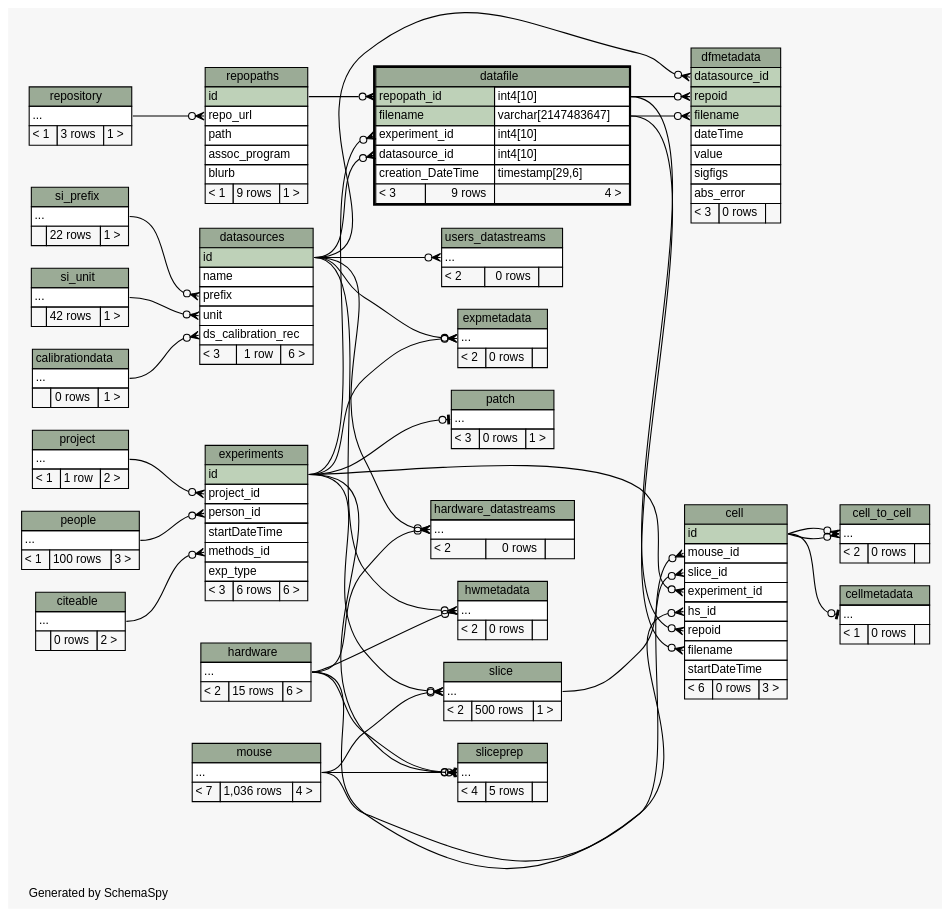
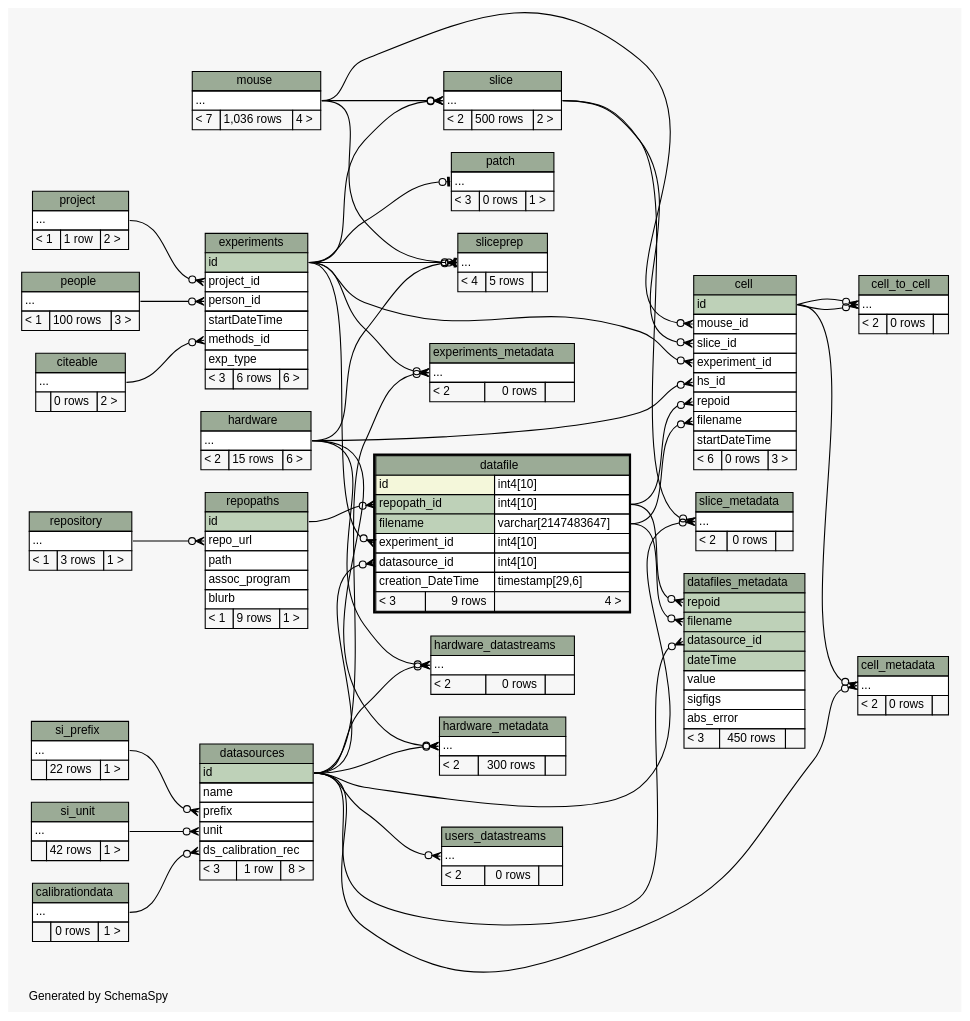
One commit to tgbugs/mlab changed the diagram in database/ss/diagrams/datafile.2degrees.dot. Above: the diagram before and after it, drawn with Graphviz. The commit also changed 153 other files, not shown here.

Commit message:
fleshing out the patch and slice experiments so I can work on cells which are going to need a rethink since each subject can have multiple datafiles which sucks since it ends up being a many to many ;_;

```diff
--- a/database/ss/diagrams/datafile.2degrees.dot
+++ b/database/ss/diagrams/datafile.2degrees.dot
@@ -25,31 +25,34 @@
   "cell":"mouse_id":w -> "mouse":"elipses":e [arrowhead=none dir=back arrowtail=crowodot];
   "cell":"repoid":w -> "datafile":"repopath_id.type":e [arrowhead=none dir=back arrowtail=crowodot];
   "cell":"slice_id":w -> "slice":"elipses":e [arrowhead=none dir=back arrowtail=crowodot];
+  "cell_metadata":"elipses":w -> "cell":"id":e [arrowhead=none dir=back arrowtail=crowodot];
+  "cell_metadata":"elipses":w -> "datasources":"id":e [arrowhead=none dir=back arrowtail=crowodot];
   "cell_to_cell":"elipses":w -> "cell":"id":e [arrowhead=none dir=back arrowtail=crowodot];
   "cell_to_cell":"elipses":w -> "cell":"id":e [arrowhead=none dir=back arrowtail=crowodot];
-  "cellmetadata":"elipses":w -> "cell":"id":e [arrowhead=none dir=back arrowtail=teeodot];
   "datafile":"datasource_id":w -> "datasources":"id":e [arrowhead=none dir=back arrowtail=crowodot];
   "datafile":"experiment_id":w -> "experiments":"id":e [arrowhead=none dir=back arrowtail=crowodot];
   "datafile":"repopath_id":w -> "repopaths":"id":e [arrowhead=none dir=back arrowtail=crowodot];
+  "datafiles_metadata":"datasource_id":w -> "datasources":"id":e [arrowhead=none dir=back arrowtail=crowodot];
+  "datafiles_metadata":"filename":w -> "datafile":"filename.type":e [arrowhead=none dir=back arrowtail=crowodot];
+  "datafiles_metadata":"repoid":w -> "datafile":"repopath_id.type":e [arrowhead=none dir=back arrowtail=crowodot];
   "datasources":"ds_calibration_rec":w -> "calibrationdata":"elipses":e [arrowhead=none dir=back arrowtail=crowodot];
   "datasources":"prefix":w -> "si_prefix":"elipses":e [arrowhead=none dir=back arrowtail=crowodot];
   "datasources":"unit":w -> "si_unit":"elipses":e [arrowhead=none dir=back arrowtail=crowodot];
-  "dfmetadata":"datasource_id":w -> "datasources":"id":e [arrowhead=none dir=back arrowtail=crowodot];
-  "dfmetadata":"filename":w -> "datafile":"filename.type":e [arrowhead=none dir=back arrowtail=crowodot];
-  "dfmetadata":"repoid":w -> "datafile":"repopath_id.type":e [arrowhead=none dir=back arrowtail=crowodot];
   "experiments":"methods_id":w -> "citeable":"elipses":e [arrowhead=none dir=back arrowtail=crowodot];
   "experiments":"person_id":w -> "people":"elipses":e [arrowhead=none dir=back arrowtail=crowodot];
   "experiments":"project_id":w -> "project":"elipses":e [arrowhead=none dir=back arrowtail=crowodot];
-  "expmetadata":"elipses":w -> "datasources":"id":e [arrowhead=none dir=back arrowtail=crowodot];
-  "expmetadata":"elipses":w -> "experiments":"id":e [arrowhead=none dir=back arrowtail=crowodot];
+  "experiments_metadata":"elipses":w -> "datasources":"id":e [arrowhead=none dir=back arrowtail=crowodot];
+  "experiments_metadata":"elipses":w -> "experiments":"id":e [arrowhead=none dir=back arrowtail=crowodot];
   "hardware_datastreams":"elipses":w -> "datasources":"id":e [arrowhead=none dir=back arrowtail=crowodot];
   "hardware_datastreams":"elipses":w -> "hardware":"elipses":e [arrowhead=none dir=back arrowtail=crowodot];
-  "hwmetadata":"elipses":w -> "datasources":"id":e [arrowhead=none dir=back arrowtail=crowodot];
-  "hwmetadata":"elipses":w -> "hardware":"elipses":e [arrowhead=none dir=back arrowtail=crowodot];
+  "hardware_metadata":"elipses":w -> "datasources":"id":e [arrowhead=none dir=back arrowtail=crowodot];
+  "hardware_metadata":"elipses":w -> "hardware":"elipses":e [arrowhead=none dir=back arrowtail=crowodot];
   "patch":"elipses":w -> "experiments":"id":e [arrowhead=none dir=back arrowtail=teeodot];
   "repopaths":"repo_url":w -> "repository":"elipses":e [arrowhead=none dir=back arrowtail=crowodot];
   "slice":"elipses":w -> "mouse":"elipses":e [arrowhead=none dir=back arrowtail=crowodot];
   "slice":"elipses":w -> "experiments":"id":e [arrowhead=none dir=back arrowtail=crowodot];
+  "slice_metadata":"elipses":w -> "datasources":"id":e [arrowhead=none dir=back arrowtail=crowodot];
+  "slice_metadata":"elipses":w -> "slice":"elipses":e [arrowhead=none dir=back arrowtail=crowodot];
   "sliceprep":"elipses":w -> "hardware":"elipses":e [arrowhead=none dir=back arrowtail=crowodot];
   "sliceprep":"elipses":w -> "experiments":"id":e [arrowhead=none dir=back arrowtail=teeodot];
   "sliceprep":"elipses":w -> "mouse":"elipses":e [arrowhead=none dir=back arrowtail=crowodot];
@@ -81,6 +84,16 @@
     URL="cell.html"
     tooltip="cell"
   ];
+  "cell_metadata" [
+    label=<
+    <TABLE BORDER="0" CELLBORDER="1" CELLSPACING="0" BGCOLOR="#ffffff">
+      <TR><TD COLSPAN="3" BGCOLOR="#9bab96" ALIGN="CENTER">cell_metadata</TD></TR>
+      <TR><TD PORT="elipses" COLSPAN="3" ALIGN="LEFT">...</TD></TR>
+      <TR><TD ALIGN="LEFT" BGCOLOR="#f7f7f7">&lt; 2</TD><TD ALIGN="RIGHT" BGCOLOR="#f7f7f7">0 rows</TD><TD ALIGN="RIGHT" BGCOLOR="#f7f7f7">  </TD></TR>
+    </TABLE>>
+    URL="cell_metadata.html"
+    tooltip="cell_metadata"
+  ];
   "cell_to_cell" [
     label=<
     <TABLE BORDER="0" CELLBORDER="1" CELLSPACING="0" BGCOLOR="#ffffff">
@@ -90,16 +103,6 @@
     </TABLE>>
     URL="cell_to_cell.html"
     tooltip="cell_to_cell"
-  ];
-  "cellmetadata" [
-    label=<
-    <TABLE BORDER="0" CELLBORDER="1" CELLSPACING="0" BGCOLOR="#ffffff">
-      <TR><TD COLSPAN="3" BGCOLOR="#9bab96" ALIGN="CENTER">cellmetadata</TD></TR>
-      <TR><TD PORT="elipses" COLSPAN="3" ALIGN="LEFT">...</TD></TR>
-      <TR><TD ALIGN="LEFT" BGCOLOR="#f7f7f7">&lt; 1</TD><TD ALIGN="RIGHT" BGCOLOR="#f7f7f7">0 rows</TD><TD ALIGN="RIGHT" BGCOLOR="#f7f7f7">  </TD></TR>
-    </TABLE>>
-    URL="cellmetadata.html"
-    tooltip="cellmetadata"
   ];
   "citeable" [
     label=<
@@ -115,6 +118,7 @@
     label=<
     <TABLE BORDER="2" CELLBORDER="1" CELLSPACING="0" BGCOLOR="#ffffff">
       <TR><TD COLSPAN="3" BGCOLOR="#9bab96" ALIGN="CENTER">datafile</TD></TR>
+      <TR><TD PORT="id" COLSPAN="2" BGCOLOR="#f4f7da" ALIGN="LEFT">id</TD><TD PORT="id.type" ALIGN="LEFT">int4[10]</TD></TR>
       <TR><TD PORT="repopath_id" COLSPAN="2" BGCOLOR="#bed1b8" ALIGN="LEFT">repopath_id</TD><TD PORT="repopath_id.type" ALIGN="LEFT">int4[10]</TD></TR>
       <TR><TD PORT="filename" COLSPAN="2" BGCOLOR="#bed1b8" ALIGN="LEFT">filename</TD><TD PORT="filename.type" ALIGN="LEFT">varchar[2147483647]</TD></TR>
       <TR><TD PORT="experiment_id" COLSPAN="2" ALIGN="LEFT">experiment_id</TD><TD PORT="experiment_id.type" ALIGN="LEFT">int4[10]</TD></TR>
@@ -125,6 +129,22 @@
     URL="datafile.html"
     tooltip="datafile"
   ];
+  "datafiles_metadata" [
+    label=<
+    <TABLE BORDER="0" CELLBORDER="1" CELLSPACING="0" BGCOLOR="#ffffff">
+      <TR><TD COLSPAN="3" BGCOLOR="#9bab96" ALIGN="CENTER">datafiles_metadata</TD></TR>
+      <TR><TD PORT="repoid" COLSPAN="3" BGCOLOR="#bed1b8" ALIGN="LEFT">repoid</TD></TR>
+      <TR><TD PORT="filename" COLSPAN="3" BGCOLOR="#bed1b8" ALIGN="LEFT">filename</TD></TR>
+      <TR><TD PORT="datasource_id" COLSPAN="3" BGCOLOR="#bed1b8" ALIGN="LEFT">datasource_id</TD></TR>
+      <TR><TD PORT="dateTime" COLSPAN="3" BGCOLOR="#bed1b8" ALIGN="LEFT">dateTime</TD></TR>
+      <TR><TD PORT="value" COLSPAN="3" ALIGN="LEFT">value</TD></TR>
+      <TR><TD PORT="sigfigs" COLSPAN="3" ALIGN="LEFT">sigfigs</TD></TR>
+      <TR><TD PORT="abs_error" COLSPAN="3" ALIGN="LEFT">abs_error</TD></TR>
+      <TR><TD ALIGN="LEFT" BGCOLOR="#f7f7f7">&lt; 3</TD><TD ALIGN="RIGHT" BGCOLOR="#f7f7f7">450 rows</TD><TD ALIGN="RIGHT" BGCOLOR="#f7f7f7">  </TD></TR>
+    </TABLE>>
+    URL="datafiles_metadata.html"
+    tooltip="datafiles_metadata"
+  ];
   "datasources" [
     label=<
     <TABLE BORDER="0" CELLBORDER="1" CELLSPACING="0" BGCOLOR="#ffffff">
@@ -134,26 +154,10 @@
       <TR><TD PORT="prefix" COLSPAN="3" ALIGN="LEFT">prefix</TD></TR>
       <TR><TD PORT="unit" COLSPAN="3" ALIGN="LEFT">unit</TD></TR>
       <TR><TD PORT="ds_calibration_rec" COLSPAN="3" ALIGN="LEFT">ds_calibration_rec</TD></TR>
-      <TR><TD ALIGN="LEFT" BGCOLOR="#f7f7f7">&lt; 3</TD><TD ALIGN="RIGHT" BGCOLOR="#f7f7f7">1 row</TD><TD ALIGN="RIGHT" BGCOLOR="#f7f7f7">6 &gt;</TD></TR>
+      <TR><TD ALIGN="LEFT" BGCOLOR="#f7f7f7">&lt; 3</TD><TD ALIGN="RIGHT" BGCOLOR="#f7f7f7">1 row</TD><TD ALIGN="RIGHT" BGCOLOR="#f7f7f7">8 &gt;</TD></TR>
     </TABLE>>
     URL="datasources.html"
     tooltip="datasources"
-  ];
-  "dfmetadata" [
-    label=<
-    <TABLE BORDER="0" CELLBORDER="1" CELLSPACING="0" BGCOLOR="#ffffff">
-      <TR><TD COLSPAN="3" BGCOLOR="#9bab96" ALIGN="CENTER">dfmetadata</TD></TR>
-      <TR><TD PORT="datasource_id" COLSPAN="3" BGCOLOR="#bed1b8" ALIGN="LEFT">datasource_id</TD></TR>
-      <TR><TD PORT="repoid" COLSPAN="3" BGCOLOR="#bed1b8" ALIGN="LEFT">repoid</TD></TR>
-      <TR><TD PORT="filename" COLSPAN="3" BGCOLOR="#bed1b8" ALIGN="LEFT">filename</TD></TR>
-      <TR><TD PORT="dateTime" COLSPAN="3" ALIGN="LEFT">dateTime</TD></TR>
-      <TR><TD PORT="value" COLSPAN="3" ALIGN="LEFT">value</TD></TR>
-      <TR><TD PORT="sigfigs" COLSPAN="3" ALIGN="LEFT">sigfigs</TD></TR>
-      <TR><TD PORT="abs_error" COLSPAN="3" ALIGN="LEFT">abs_error</TD></TR>
-      <TR><TD ALIGN="LEFT" BGCOLOR="#f7f7f7">&lt; 3</TD><TD ALIGN="RIGHT" BGCOLOR="#f7f7f7">0 rows</TD><TD ALIGN="RIGHT" BGCOLOR="#f7f7f7">  </TD></TR>
-    </TABLE>>
-    URL="dfmetadata.html"
-    tooltip="dfmetadata"
   ];
   "experiments" [
     label=<
@@ -170,15 +174,15 @@
     URL="experiments.html"
     tooltip="experiments"
   ];
-  "expmetadata" [
+  "experiments_metadata" [
     label=<
     <TABLE BORDER="0" CELLBORDER="1" CELLSPACING="0" BGCOLOR="#ffffff">
-      <TR><TD COLSPAN="3" BGCOLOR="#9bab96" ALIGN="CENTER">expmetadata</TD></TR>
+      <TR><TD COLSPAN="3" BGCOLOR="#9bab96" ALIGN="CENTER">experiments_metadata</TD></TR>
       <TR><TD PORT="elipses" COLSPAN="3" ALIGN="LEFT">...</TD></TR>
       <TR><TD ALIGN="LEFT" BGCOLOR="#f7f7f7">&lt; 2</TD><TD ALIGN="RIGHT" BGCOLOR="#f7f7f7">0 rows</TD><TD ALIGN="RIGHT" BGCOLOR="#f7f7f7">  </TD></TR>
     </TABLE>>
-    URL="expmetadata.html"
-    tooltip="expmetadata"
+    URL="experiments_metadata.html"
+    tooltip="experiments_metadata"
   ];
   "hardware" [
     label=<
@@ -200,15 +204,15 @@
     URL="hardware_datastreams.html"
     tooltip="hardware_datastreams"
   ];
-  "hwmetadata" [
+  "hardware_metadata" [
     label=<
     <TABLE BORDER="0" CELLBORDER="1" CELLSPACING="0" BGCOLOR="#ffffff">
-      <TR><TD COLSPAN="3" BGCOLOR="#9bab96" ALIGN="CENTER">hwmetadata</TD></TR>
+      <TR><TD COLSPAN="3" BGCOLOR="#9bab96" ALIGN="CENTER">hardware_metadata</TD></TR>
       <TR><TD PORT="elipses" COLSPAN="3" ALIGN="LEFT">...</TD></TR>
-      <TR><TD ALIGN="LEFT" BGCOLOR="#f7f7f7">&lt; 2</TD><TD ALIGN="RIGHT" BGCOLOR="#f7f7f7">0 rows</TD><TD ALIGN="RIGHT" BGCOLOR="#f7f7f7">  </TD></TR>
+      <TR><TD ALIGN="LEFT" BGCOLOR="#f7f7f7">&lt; 2</TD><TD ALIGN="RIGHT" BGCOLOR="#f7f7f7">300 rows</TD><TD ALIGN="RIGHT" BGCOLOR="#f7f7f7">  </TD></TR>
     </TABLE>>
-    URL="hwmetadata.html"
-    tooltip="hwmetadata"
+    URL="hardware_metadata.html"
+    tooltip="hardware_metadata"
   ];
   "mouse" [
     label=<
@@ -299,10 +303,20 @@
     <TABLE BORDER="0" CELLBORDER="1" CELLSPACING="0" BGCOLOR="#ffffff">
       <TR><TD COLSPAN="3" BGCOLOR="#9bab96" ALIGN="CENTER">slice</TD></TR>
       <TR><TD PORT="elipses" COLSPAN="3" ALIGN="LEFT">...</TD></TR>
-      <TR><TD ALIGN="LEFT" BGCOLOR="#f7f7f7">&lt; 2</TD><TD ALIGN="RIGHT" BGCOLOR="#f7f7f7">500 rows</TD><TD ALIGN="RIGHT" BGCOLOR="#f7f7f7">1 &gt;</TD></TR>
+      <TR><TD ALIGN="LEFT" BGCOLOR="#f7f7f7">&lt; 2</TD><TD ALIGN="RIGHT" BGCOLOR="#f7f7f7">500 rows</TD><TD ALIGN="RIGHT" BGCOLOR="#f7f7f7">2 &gt;</TD></TR>
     </TABLE>>
     URL="slice.html"
     tooltip="slice"
+  ];
+  "slice_metadata" [
+    label=<
+    <TABLE BORDER="0" CELLBORDER="1" CELLSPACING="0" BGCOLOR="#ffffff">
+      <TR><TD COLSPAN="3" BGCOLOR="#9bab96" ALIGN="CENTER">slice_metadata</TD></TR>
+      <TR><TD PORT="elipses" COLSPAN="3" ALIGN="LEFT">...</TD></TR>
+      <TR><TD ALIGN="LEFT" BGCOLOR="#f7f7f7">&lt; 2</TD><TD ALIGN="RIGHT" BGCOLOR="#f7f7f7">0 rows</TD><TD ALIGN="RIGHT" BGCOLOR="#f7f7f7">  </TD></TR>
+    </TABLE>>
+    URL="slice_metadata.html"
+    tooltip="slice_metadata"
   ];
   "sliceprep" [
     label=<
```
